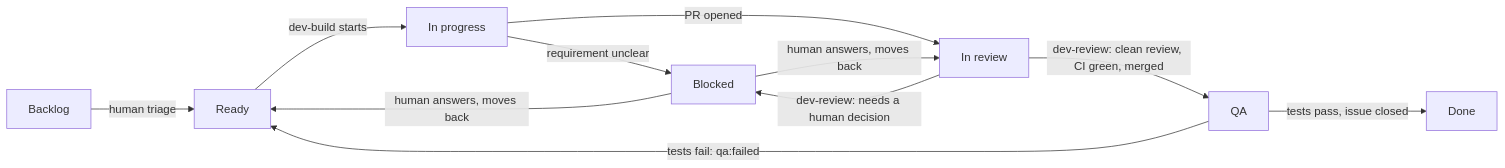
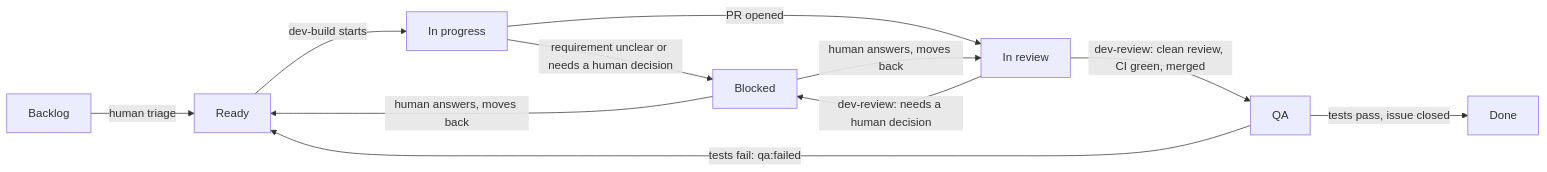
One commit to haicanhdieu/agent-desk changed the diagram in docs/runbooks/dev-workflow.md. Above: the diagram before and after it, drawn with Mermaid. The commit also changed other lines of this file and 10 other files, not shown here.

````diff
--- a/docs/runbooks/dev-workflow.md
+++ b/docs/runbooks/dev-workflow.md
@@ -9,13 +9,13 @@
 ```mermaid
 flowchart LR
   Backlog -->|human triage| Ready
   Ready -->|dev-build starts| IP[In progress]
-  IP -->|requirement unclear| Blocked
+  IP -->|requirement unclear or needs a human decision| Blocked
   Blocked -->|human answers, moves back| Ready
   IP -->|PR opened| Review[In review]
   Review -->|dev-review: needs a human decision| Blocked
   Blocked -->|human answers, moves back| Review
   Review -->|dev-review: clean review, CI green, merged| QA
   QA -->|tests pass, issue closed| Done
   QA -->|tests fail: qa:failed| Ready
 ```
````
